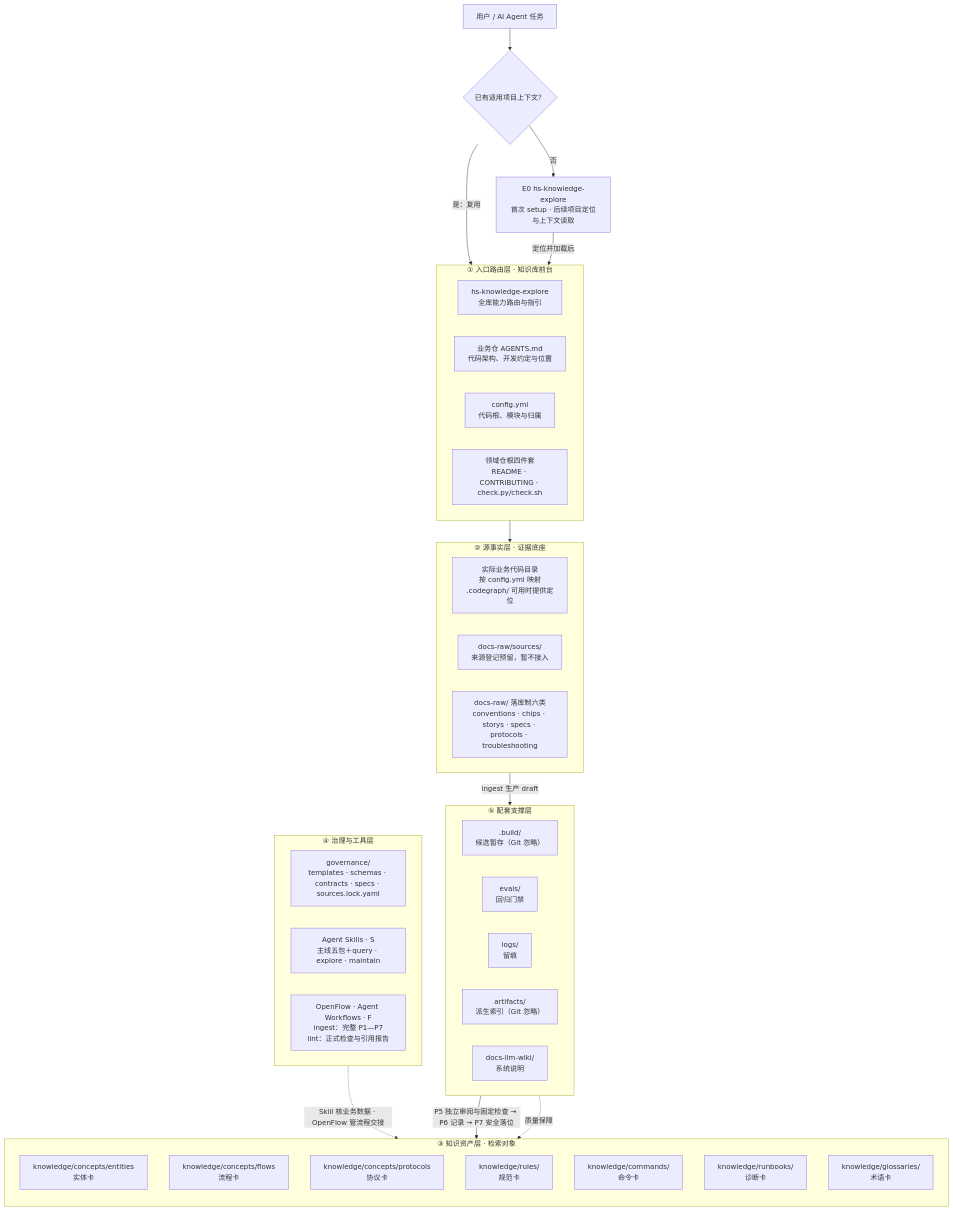
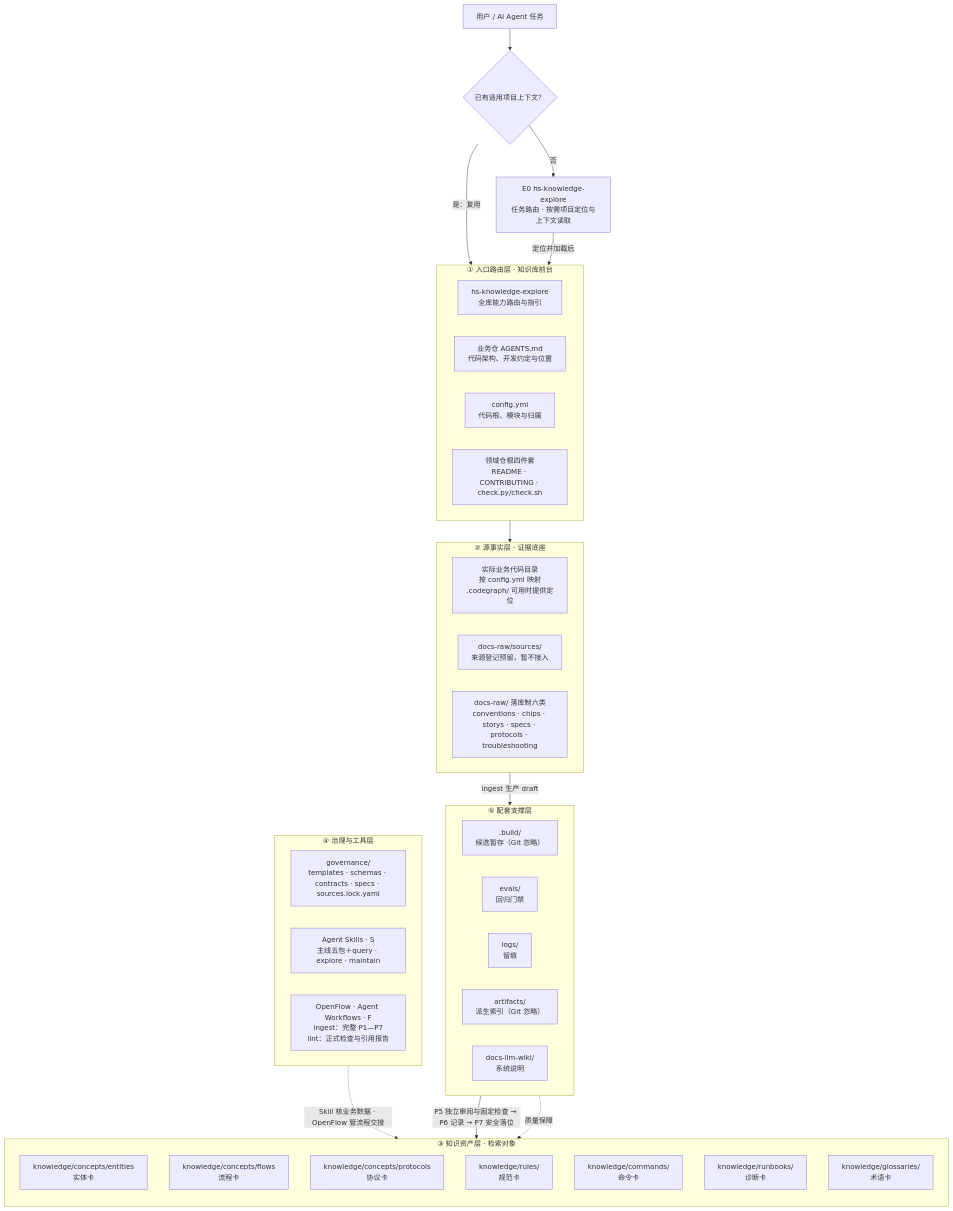
One commit to Robin-hhc/FactumCore changed the first of 9 diagrams in himate-knowledge-wifi-mp/docs-llm-wiki/HiMate知识库架构设计.md. Above: the diagram before and after it, drawn with Mermaid. The commit also changed other lines of this file and 22 other files, not shown here.

````diff
--- a/himate-knowledge-wifi-mp/docs-llm-wiki/HiMate知识库架构设计.md
+++ b/himate-knowledge-wifi-mp/docs-llm-wiki/HiMate知识库架构设计.md
@@ -122,58 +124,58 @@
 ```mermaid
 flowchart TB
     U["用户 / AI Agent 任务"]
     C0{"已有适用项目上下文？"}
-    E0["E0 hs-knowledge-explore<br />首次 setup · 后续项目定位与上下文读取"]
+    E0["E0 hs-knowledge-explore<br />任务路由 · 按需项目定位与上下文读取"]
 
     subgraph S1["① 入口路由层 · 知识库前台"]
         direction LR
         A1["hs-knowledge-explore<br />全库能力路由与指引"]
         A2["业务仓 AGENTS.md<br />代码架构、开发约定与位置"]
         A3["config.yml<br />代码根、模块与归属"]
         A4["领域仓根四件套<br />README · CONTRIBUTING · check.py/check.sh"]
     end
 
     subgraph S2["② 源事实层 · 证据底座"]
         direction LR
         B1["实际业务代码目录<br />按 config.yml 映射<br />.codegraph/ 可用时提供定位"]
         B2["docs-raw/sources/<br />来源登记预留，暂不接入"]
         B3["docs-raw/ 落库制六类<br />conventions · chips · storys · specs · protocols · troubleshooting"]
     end
 
     subgraph S3["③ 知识资产层 · 检索对象"]
         direction TB
         C1["knowledge/concepts/entities<br />实体卡"]
         C2["knowledge/concepts/flows<br />流程卡"]
         C3["knowledge/concepts/protocols<br />协议卡"]
         C4["knowledge/rules/<br />规范卡"]
         C5["knowledge/commands/<br />命令卡"]
         C6["knowledge/runbooks/<br />诊断卡"]
         C7["knowledge/glossaries/<br />术语卡"]
     end
 
     subgraph S4["④ 治理与工具层"]
         direction LR
         D1["governance/<br />templates · schemas · contracts · specs · sources.lock.yaml"]
         D2["Agent Skills · S<br />主线五包＋query · explore · maintain"]
         D3["OpenFlow · Agent Workflows · F<br />ingest：完整 P1—P7<br />lint：正式检查与引用报告"]
     end
 
     subgraph S5["⑤ 配套支撑层"]
         direction LR
         E1[".build/<br />候选暂存（Git 忽略）"]
         E2["evals/<br />回归门禁"]
         E3["logs/<br />留痕"]
         E4["artifacts/<br />派生索引（Git 忽略）"]
         E5["docs-llm-wiki/<br />系统说明"]
     end
 
     U --> C0
     C0 -->|"是：复用"| S1
     C0 -->|"否"| E0
     E0 -->|"定位并加载后"| S1
     S1 --> S2
     S2 -->|"ingest 生产 draft"| E1
     E1 -->|"P5 独立审阅与固定检查 → P6 记录 → P7 安全落位"| S3
     S4 -.->|"Skill 核业务数据 · OpenFlow 管流程交接"| S3
     S5 -.->|"质量保障"| S3
 ```
````
